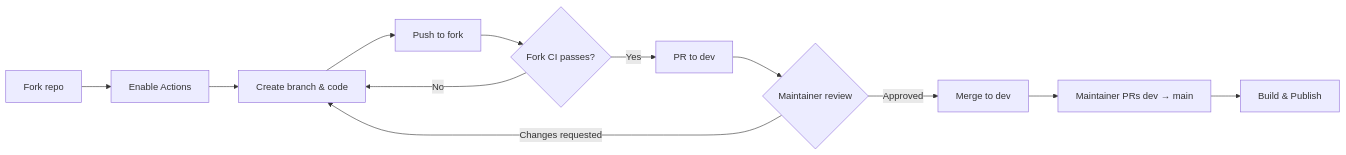
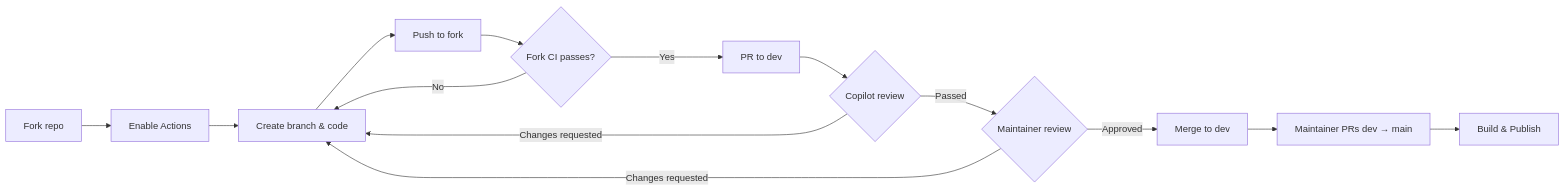
The diagram in CONTRIBUTING.md (whw23/searxng_http_mcp), drawn with Mermaid before and after one commit. The commit also changed other lines of this file, not shown here.

Commit message:
docs: add Copilot review step to contribution workflow

````diff
--- a/CONTRIBUTING.md
+++ b/CONTRIBUTING.md
@@ -7,14 +7,16 @@
 ```mermaid
 graph LR
     A[Fork repo] --> B[Enable Actions]
     B --> C[Create branch & code]
     C --> D[Push to fork]
     D --> E{Fork CI passes?}
     E -->|No| C
     E -->|Yes| F[PR to dev]
-    F --> G{Maintainer review}
+    F --> G{Copilot review}
     G -->|Changes requested| C
-    G -->|Approved| H[Merge to dev]
-    H --> I[Maintainer PRs dev → main]
-    I --> J[Build & Publish]
+    G -->|Passed| H{Maintainer review}
+    H -->|Changes requested| C
+    H -->|Approved| I[Merge to dev]
+    I --> J[Maintainer PRs dev → main]
+    J --> K[Build & Publish]
 ```
````
